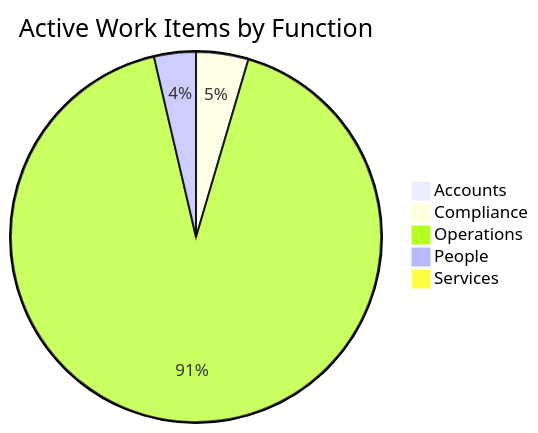
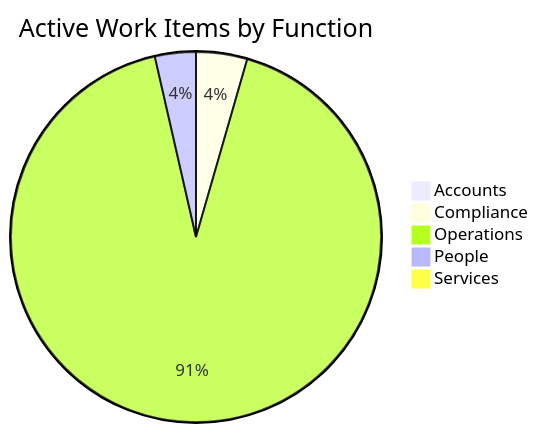
Before and after one commit to mgosal/5et.uk: the first of 3 diagrams in dashboard.md, drawn with Mermaid. The commit also changed other lines of this file and 3 other files, not shown here.

````diff
--- a/dashboard.md
+++ b/dashboard.md
@@ -281,8 +454,8 @@
 ```mermaid
 pie title Active Work Items by Function
     "Accounts" : 2
     "Compliance" : 10
-    "Operations" : 201
+    "Operations" : 206
     "People" : 8
     "Services" : 1
 ```
````
